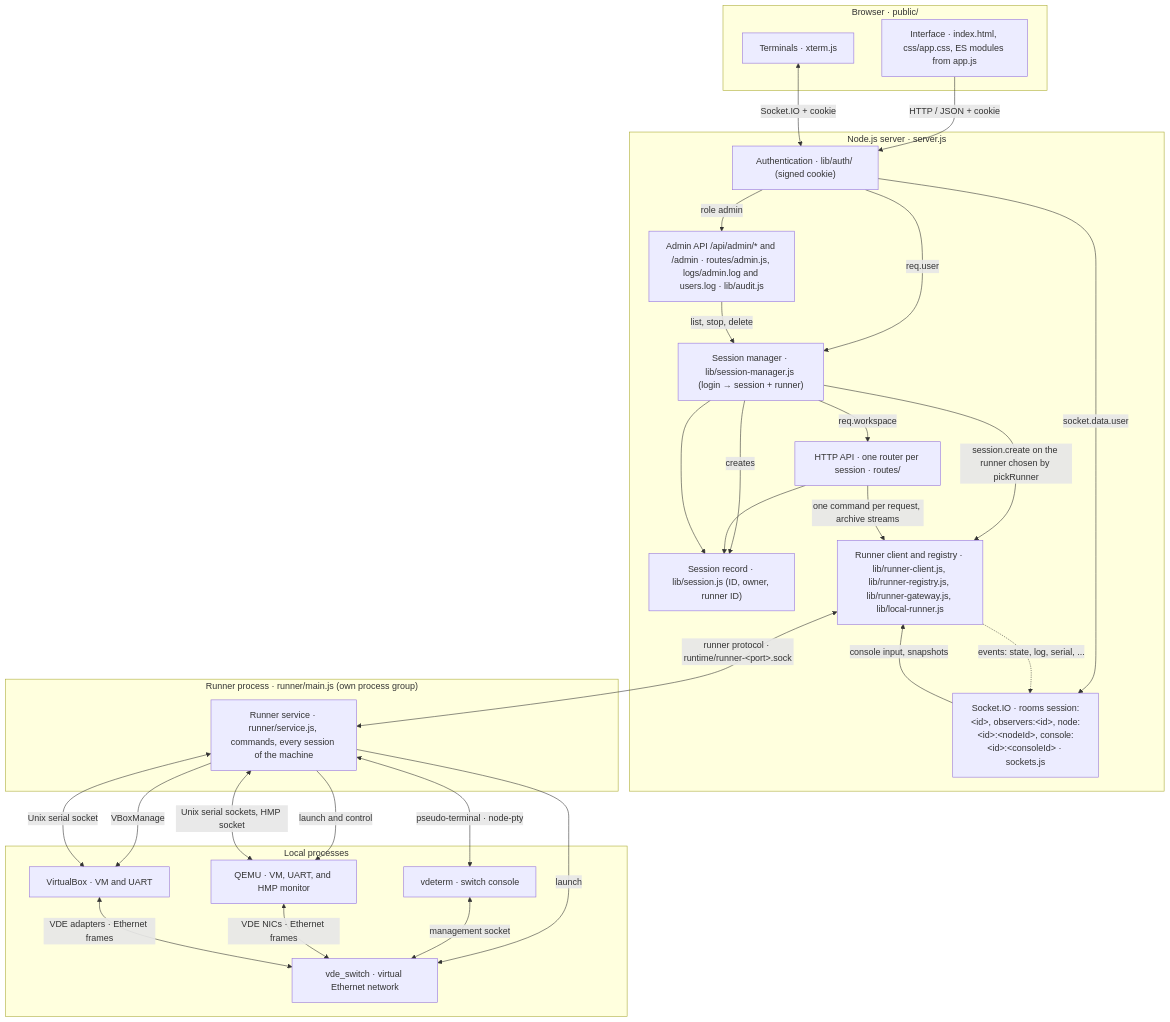
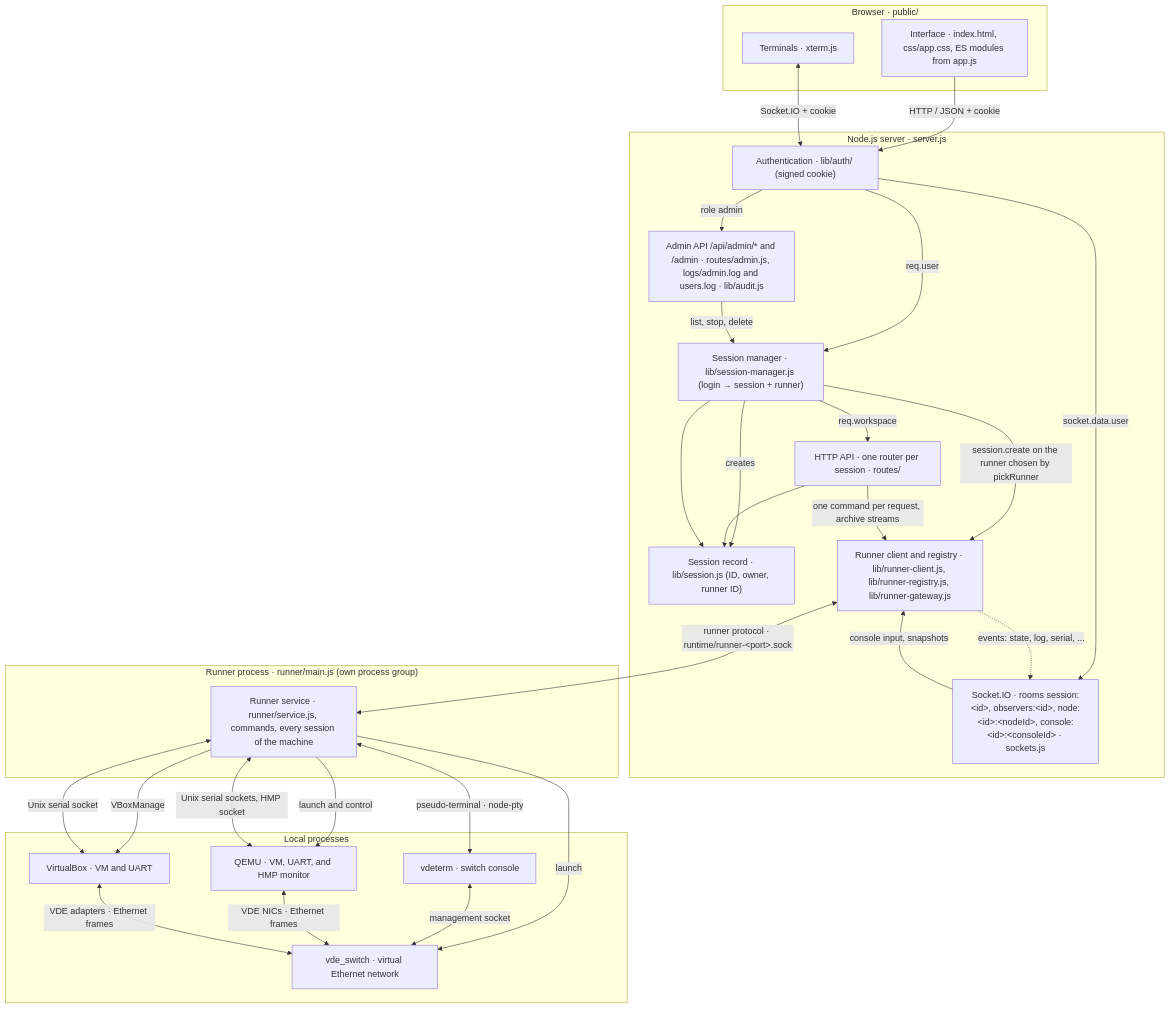
Before and after one commit to orel33/qemuweb: the diagram in docs/architecture.md, drawn with Mermaid. The commit also changed other lines of this file and 3 other files, not shown here.

Commit message:
docs: start.sh is the single launch sequence; two services layout; README, architecture, TESTS

````diff
--- a/docs/architecture.md
+++ b/docs/architecture.md
@@ -19,53 +19,53 @@
 ```mermaid
 flowchart TB
   subgraph Browser["Browser · public/"]
     UI["Interface · index.html, css/app.css, ES modules from app.js"]
     Terminal["Terminals · xterm.js"]
   end
 
   subgraph Server["Node.js server · server.js"]
     Auth["Authentication · lib/auth/ (signed cookie)"]
     Manager["Session manager · lib/session-manager.js (login → session + runner)"]
     Routes["HTTP API · one router per session · routes/"]
     Sockets["Socket.IO · rooms session:&lt;id&gt;, observers:&lt;id&gt;, node:&lt;id&gt;:&lt;nodeId&gt;, console:&lt;id&gt;:&lt;consoleId&gt; · sockets.js"]
     Admin["Admin API /api/admin/* and /admin · routes/admin.js, logs/admin.log and users.log · lib/audit.js"]
     Session["Session record · lib/session.js (ID, owner, runner ID)"]
-    Client["Runner client and registry · lib/runner-client.js, lib/runner-registry.js, lib/runner-gateway.js, lib/local-runner.js"]
+    Client["Runner client and registry · lib/runner-client.js, lib/runner-registry.js, lib/runner-gateway.js"]
   end
 
   subgraph RunnerProcess["Runner process · runner/main.js (own process group)"]
     Runner["Runner service · runner/service.js, commands, every session of the machine"]
   end
 
   subgraph Local["Local processes"]
     QEMU["QEMU · VM, UART, and HMP monitor"]
     VBox["VirtualBox · VM and UART"]
     VDE["vde_switch · virtual Ethernet network"]
     VDeterm["vdeterm · switch console"]
   end
 
   UI -->|"HTTP / JSON + cookie"| Auth
   Terminal <-->|"Socket.IO + cookie"| Auth
   Auth -->|"req.user"| Manager
   Auth -->|"role admin"| Admin
   Admin -->|"list, stop, delete"| Manager
   Auth -->|"socket.data.user"| Sockets
   Manager -->|"req.workspace"| Routes
   Manager -->|"creates"| Session
   Manager -->|"session.create on the runner chosen by pickRunner"| Client
   Client <-->|"runner protocol · runtime/runner-&lt;port&gt;.sock"| Runner
   Routes --> Session
   Routes -->|"one command per request, archive streams"| Client
   Sockets -->|"console input, snapshots"| Client
   Client -.->|"events: state, log, serial, ..."| Sockets
   Manager --> Session
   Runner -->|"launch and control"| QEMU
   Runner -->|"VBoxManage"| VBox
   Runner -->|"launch"| VDE
   Runner <-->|"Unix serial sockets, HMP socket"| QEMU
   Runner <-->|"Unix serial socket"| VBox
   Runner <-->|"pseudo-terminal · node-pty"| VDeterm
   VDeterm <-->|"management socket"| VDE
   QEMU <-->|"VDE NICs · Ethernet frames"| VDE
   VBox <-->|"VDE adapters · Ethernet frames"| VDE
 ```
````
